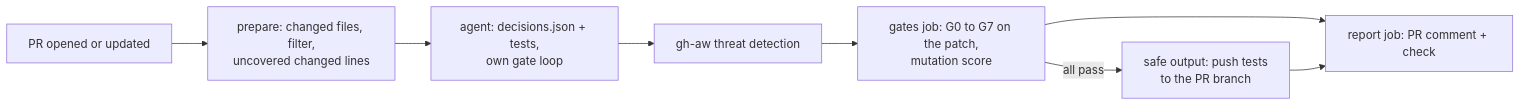
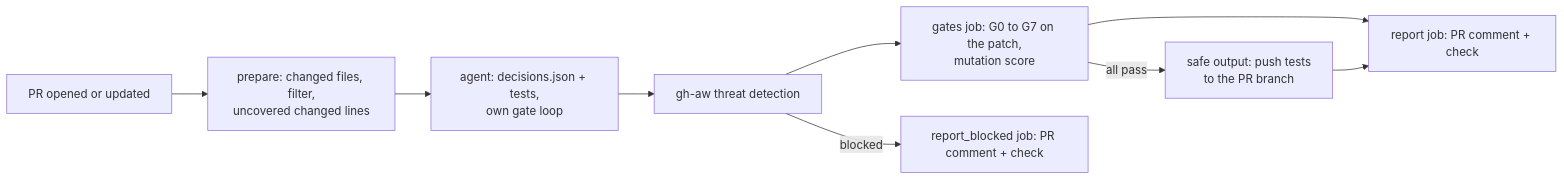
The diagram in SOLUTION.md (kbrodecki/taskly-unit-test-agent), drawn with Mermaid before and after one commit. The commit also changed other lines of this file and 3 other files, not shown here.

Commit message:
Report every PR result: skip cancelled runs, report blocked detection

````diff
--- a/SOLUTION.md
+++ b/SOLUTION.md
@@ -5,10 +5,11 @@
 ```mermaid
 flowchart LR
   PR[PR opened or updated] --> P[prepare: changed files, filter,<br/>uncovered changed lines]
   P --> A[agent: decisions.json + tests,<br/>own gate loop]
   A --> D[gh-aw threat detection]
   D --> G[gates job: G0 to G7 on the patch,<br/>mutation score]
   G -->|all pass| S[safe output: push tests<br/>to the PR branch]
   G --> R[report job: PR comment + check]
   S --> R
+  D -->|blocked| B[report_blocked job: PR comment + check]
 ```
````
